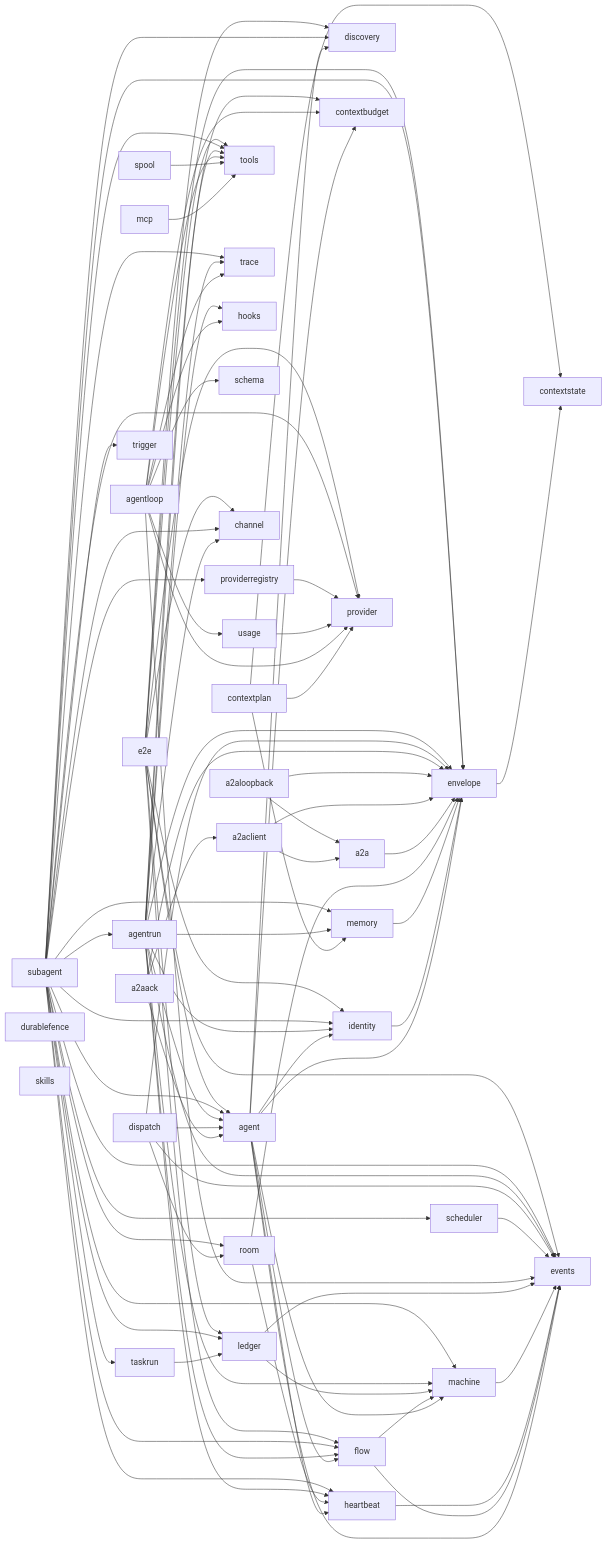
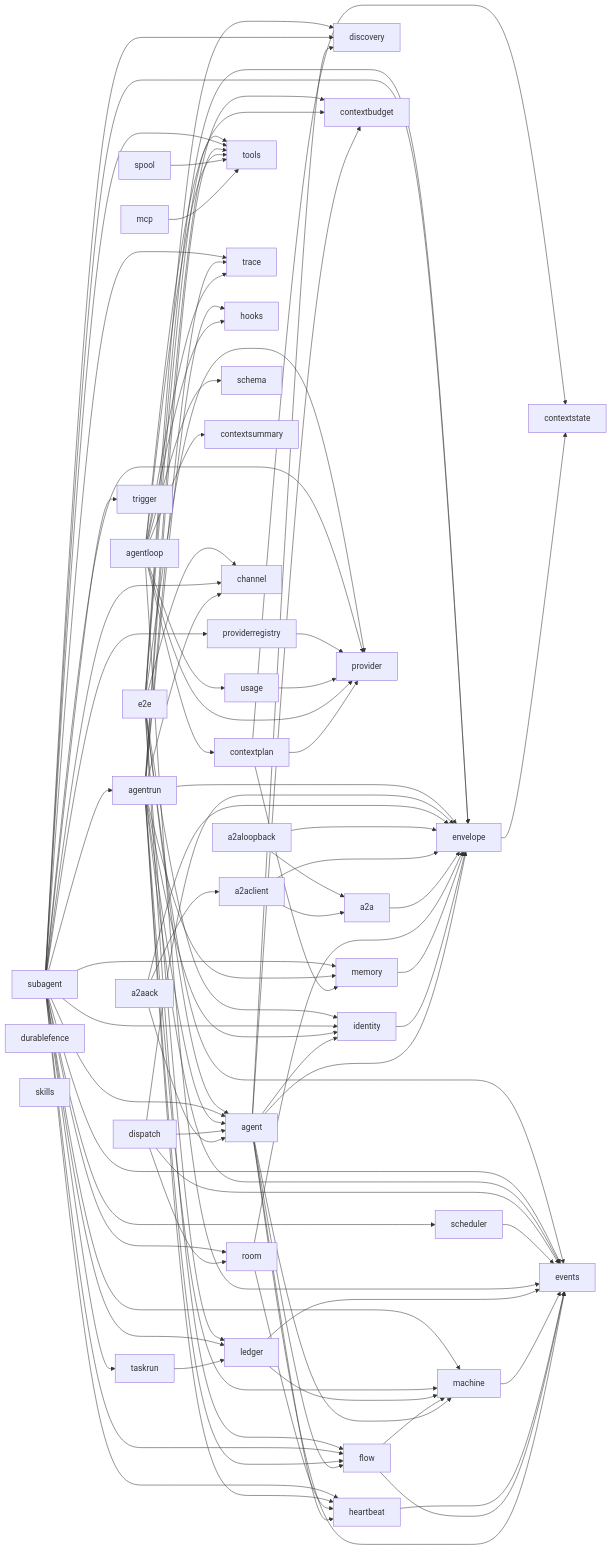
Before and after one commit to MiviaLabs/mivia-ai-sdk: the first of 2 diagrams in docs/architecture.md, drawn with Mermaid. The commit also changed other lines of this file and 10 other files, not shown here.

```diff
--- a/docs/architecture.md
+++ b/docs/architecture.md
@@ -68,6 +68,8 @@
     agentloop --> events
     agentloop --> contextbudget
     agentloop --> schema
+    agentloop --> contextplan
+    agentloop --> contextsummary
     usage --> provider
     providerregistry --> provider
     scheduler --> events
```
